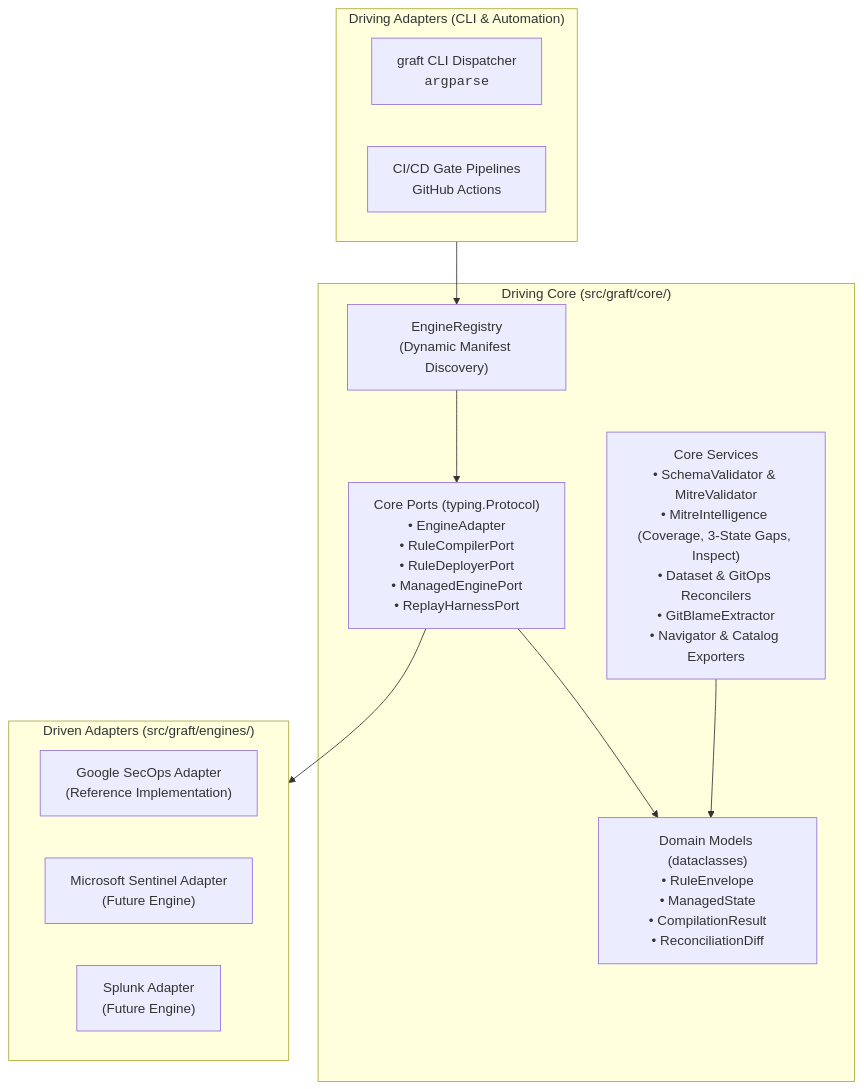
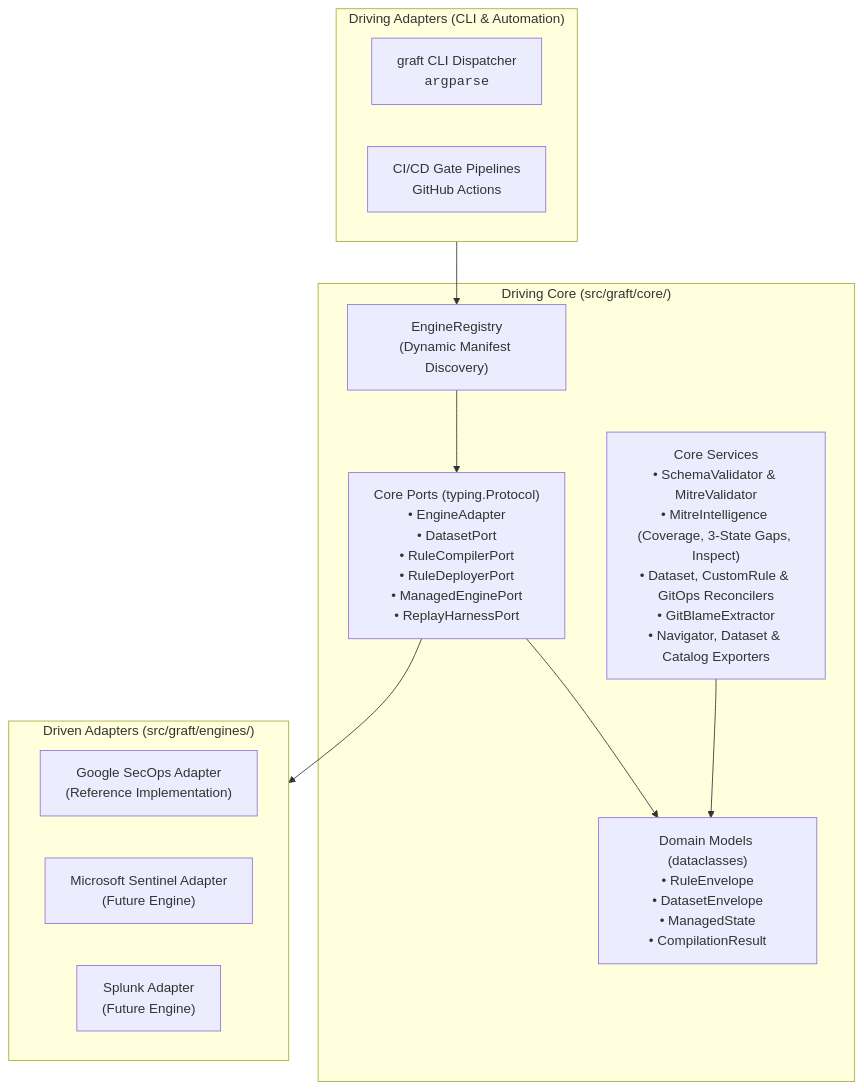
Before and after one commit to lopes/graft: the diagram in docs/developers/README.md, drawn with Mermaid. The commit also changed other lines of this file and 73 other files, not shown here.

````diff
--- a/docs/developers/README.md
+++ b/docs/developers/README.md
@@ -16,26 +16,26 @@
 ```mermaid
 flowchart TD
     subgraph DrivingAdapters["Driving Adapters (CLI & Automation)"]
         CLI["graft CLI Dispatcher<br/><code>argparse</code>"]
         CI["CI/CD Gate Pipelines<br/>GitHub Actions"]
     end
 
     subgraph DrivingCore["Driving Core (src/graft/core/)"]
-        PORTS["Core Ports (typing.Protocol)<br/>• EngineAdapter<br/>• RuleCompilerPort<br/>• RuleDeployerPort<br/>• ManagedEnginePort<br/>• ReplayHarnessPort"]
-        MODELS["Domain Models (dataclasses)<br/>• RuleEnvelope<br/>• ManagedState<br/>• CompilationResult<br/>• ReconciliationDiff"]
-        SERVICES["Core Services<br/>• SchemaValidator &amp; MitreValidator<br/>• MitreIntelligence (Coverage, 3-State Gaps, Inspect)<br/>• Dataset &amp; GitOps Reconcilers<br/>• GitBlameExtractor<br/>• Navigator &amp; Catalog Exporters"]
+        PORTS["Core Ports (typing.Protocol)<br/>• EngineAdapter<br/>• DatasetPort<br/>• RuleCompilerPort<br/>• RuleDeployerPort<br/>• ManagedEnginePort<br/>• ReplayHarnessPort"]
+        MODELS["Domain Models (dataclasses)<br/>• RuleEnvelope<br/>• DatasetEnvelope<br/>• ManagedState<br/>• CompilationResult"]
+        SERVICES["Core Services<br/>• SchemaValidator &amp; MitreValidator<br/>• MitreIntelligence (Coverage, 3-State Gaps, Inspect)<br/>• Dataset, CustomRule &amp; GitOps Reconcilers<br/>• GitBlameExtractor<br/>• Navigator, Dataset &amp; Catalog Exporters"]
         REGISTRY["EngineRegistry<br/>(Dynamic Manifest Discovery)"]
     end
 
     subgraph DrivenAdapters["Driven Adapters (src/graft/engines/)"]
         SECOPS["Google SecOps Adapter<br/>(Reference Implementation)"]
         SENTINEL["Microsoft Sentinel Adapter<br/>(Future Engine)"]
         SPLUNK["Splunk Adapter<br/>(Future Engine)"]
     end
 
     DrivingAdapters --> REGISTRY
     REGISTRY --> PORTS
     PORTS --> MODELS
     SERVICES --> MODELS
     PORTS --> DrivenAdapters
 ```
````
